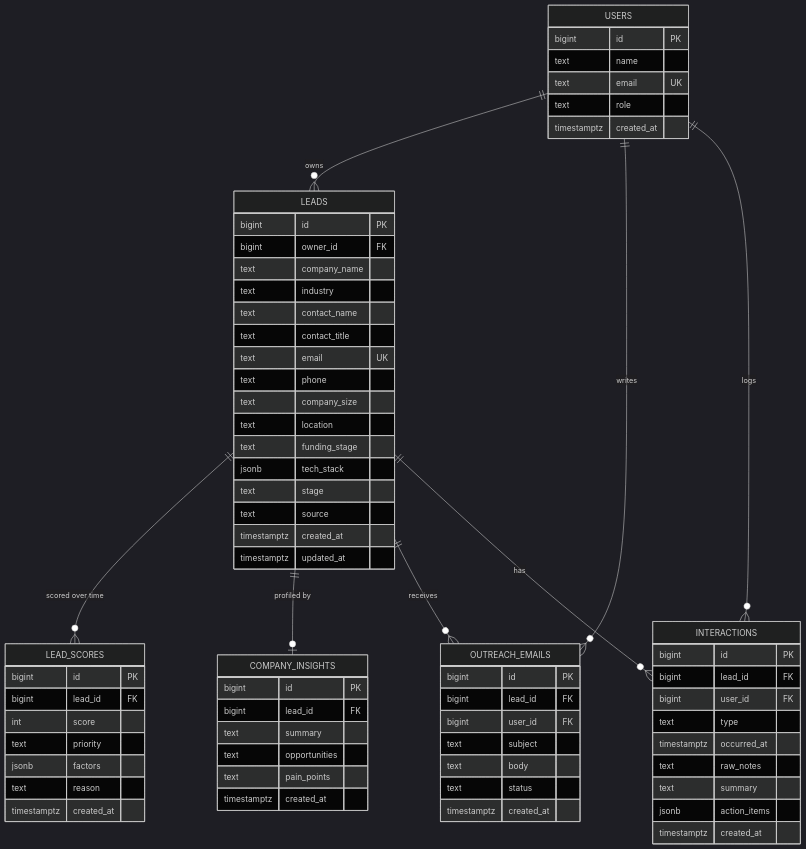
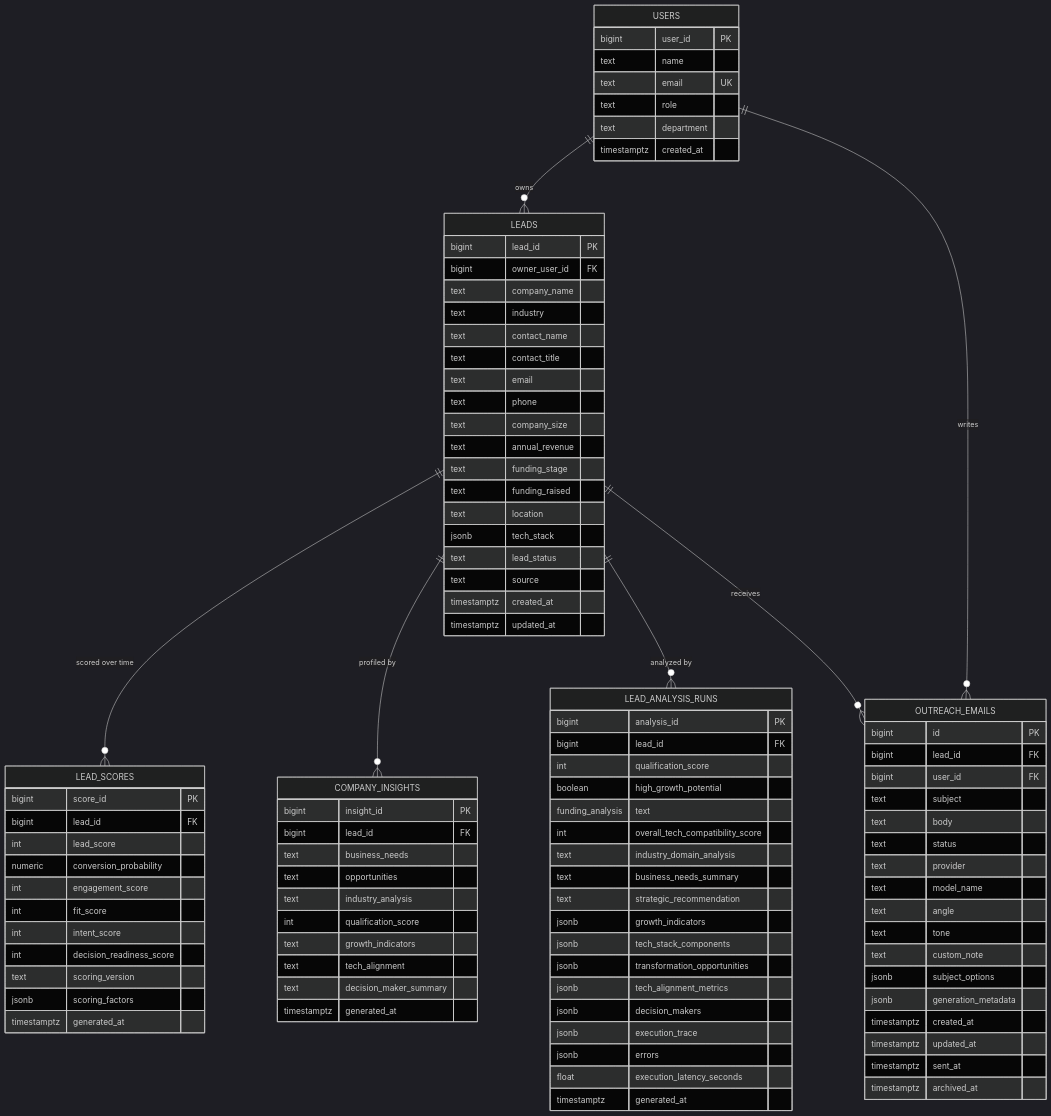
One commit to CodeMaster11000/AI-Powered_Intelligent_Sales_Forecasting_Platform_using_Predictive_Analytics-TEAM-B changed the diagram in docs/design/database/er-diagram.md. Above: the diagram before and after it, drawn with Mermaid (dark theme). The commit also changed other lines of this file and 10 other files, not shown here.

````diff
--- a/docs/design/database/er-diagram.md
+++ b/docs/design/database/er-diagram.md
@@ -9,53 +8,83 @@
 erDiagram
     USERS ||--o{ LEADS : owns
     USERS ||--o{ OUTREACH_EMAILS : writes
-    USERS ||--o{ INTERACTIONS : logs
     LEADS ||--o{ LEAD_SCORES : "scored over time"
-    LEADS ||--o| COMPANY_INSIGHTS : "profiled by"
+    LEADS ||--o{ COMPANY_INSIGHTS : "profiled by"
+    LEADS ||--o{ LEAD_ANALYSIS_RUNS : "analyzed by"
     LEADS ||--o{ OUTREACH_EMAILS : receives
-    LEADS ||--o{ INTERACTIONS : has
 
     USERS {
-        bigint id PK
+        bigint user_id PK
         text name
         text email UK
         text role
+        text department
         timestamptz created_at
     }
     LEADS {
-        bigint id PK
-        bigint owner_id FK
+        bigint lead_id PK
+        bigint owner_user_id FK
         text company_name
         text industry
         text contact_name
         text contact_title
-        text email UK
+        text email
         text phone
         text company_size
+        text annual_revenue
+        text funding_stage
+        text funding_raised
         text location
-        text funding_stage
         jsonb tech_stack
-        text stage
+        text lead_status
         text source
         timestamptz created_at
         timestamptz updated_at
     }
     LEAD_SCORES {
-        bigint id PK
+        bigint score_id PK
         bigint lead_id FK
-        int score
-        text priority
-        jsonb factors
-        text reason
-        timestamptz created_at
+        int lead_score
+        numeric conversion_probability
+        int engagement_score
+        int fit_score
+        int intent_score
+        int decision_readiness_score
+        text scoring_version
+        jsonb scoring_factors
+        timestamptz generated_at
     }
     COMPANY_INSIGHTS {
-        bigint id PK
+        bigint insight_id PK
         bigint lead_id FK
-        text summary
+        text business_needs
         text opportunities
-        text pain_points
-        timestamptz created_at
+        text industry_analysis
+        int qualification_score
+        text growth_indicators
+        text tech_alignment
+        text decision_maker_summary
+        timestamptz generated_at
+    }
+    LEAD_ANALYSIS_RUNS {
+        bigint analysis_id PK
+        bigint lead_id FK
+        int qualification_score
+        boolean high_growth_potential
+        funding_analysis text
+        int overall_tech_compatibility_score
+        text industry_domain_analysis
+        text business_needs_summary
+        text strategic_recommendation
+        jsonb growth_indicators
+        jsonb tech_stack_components
+        jsonb transformation_opportunities
+        jsonb tech_alignment_metrics
+        jsonb decision_makers
+        jsonb execution_trace
+        jsonb errors
+        float execution_latency_seconds
+        timestamptz generated_at
     }
     OUTREACH_EMAILS {
         bigint id PK
@@ -64,17 +93,16 @@
         text subject
         text body
         text status
+        text provider
+        text model_name
+        text angle
+        text tone
+        text custom_note
+        jsonb subject_options
+        jsonb generation_metadata
         timestamptz created_at
-    }
-    INTERACTIONS {
-        bigint id PK
-        bigint lead_id FK
-        bigint user_id FK
-        text type
-        timestamptz occurred_at
-        text raw_notes
-        text summary
-        jsonb action_items
-        timestamptz created_at
+        timestamptz updated_at
+        timestamptz sent_at
+        timestamptz archived_at
     }
 ```
````
